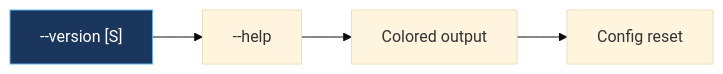
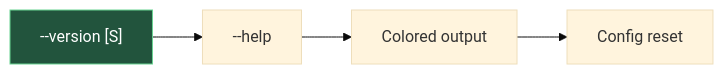
The seventh of 8 diagrams in ROADMAP.md (Miguel-EpicJS/ash-cli), drawn with Mermaid (base theme) before and after one commit. The commit also changed other lines of this file and 2 other files, not shown here.

````diff
--- a/ROADMAP.md
+++ b/ROADMAP.md
@@ -277,8 +278,8 @@
 ```mermaid
 flowchart LR
     A["--version [S]"] --> B["--help"]
     B --> C["Colored output"]
     C --> D["Config reset"]
     
-    style A fill:#1a365d,stroke:#63b3ed,color:#fff
+    style A fill:#22543d,stroke:#68d391,color:#fff
 ```
````
